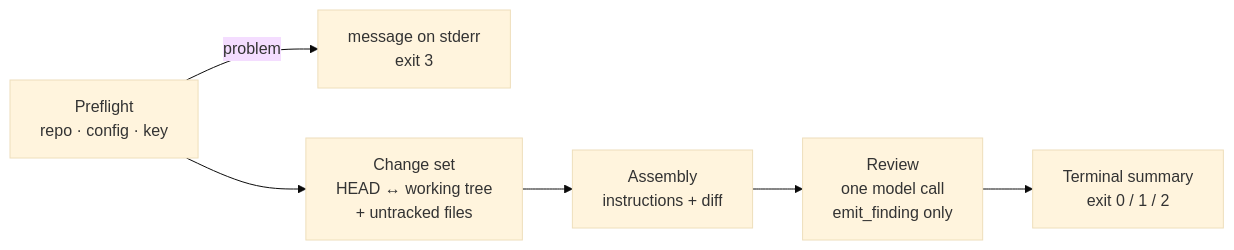
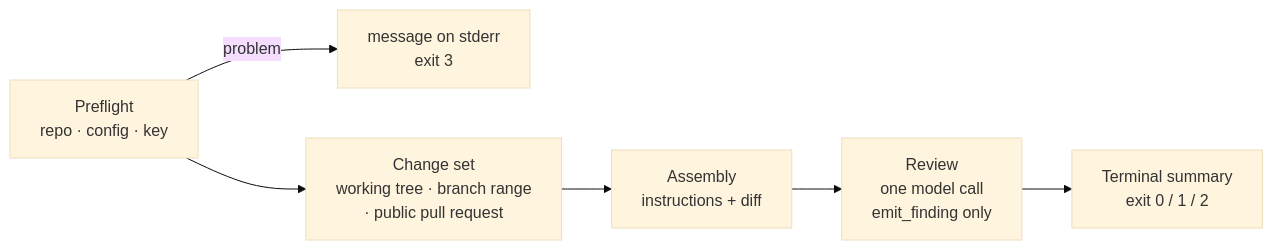
One commit to nhahub/NHA-5-285 changed the diagram in Docs/operation_guidelines.md. Above: the diagram before and after it, drawn with Mermaid (base theme). The commit also changed other lines of this file and 1 other file, not shown here.

First line of the commit message:
docs: document the range and pull-request scopes in the operation guide and CLAUDE.md

````diff
--- a/Docs/operation_guidelines.md
+++ b/Docs/operation_guidelines.md
@@ -34,8 +34,8 @@
 ```mermaid
 flowchart LR
     P["Preflight<br/>repo · config · key"] -->|problem| X["message on stderr<br/>exit 3"]
-    P --> C["Change set<br/>HEAD ↔ working tree<br/>+ untracked files"]
+    P --> C["Change set<br/>working tree · branch range<br/>· public pull request"]
     C --> A["Assembly<br/>instructions + diff"]
     A --> R["Review<br/>one model call<br/>emit_finding only"]
     R --> O["Terminal summary<br/>exit 0 / 1 / 2"]
 ```
````
